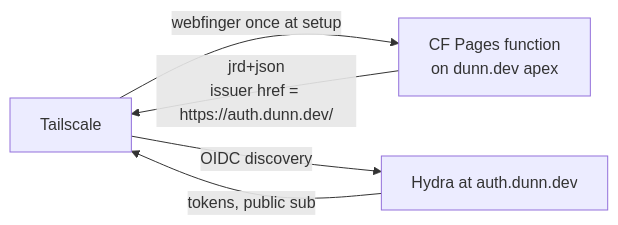
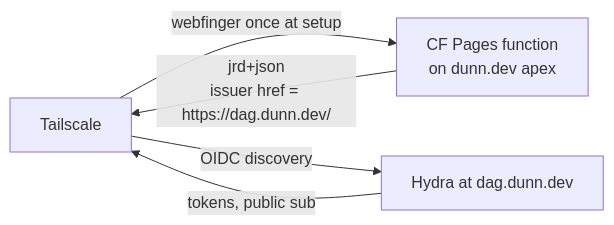
One commit to andrewdunndev/othala changed the third of 3 diagrams in ARCHITECTURE.md. Above: the diagram before and after it, drawn with Mermaid. The commit also changed other lines of this file and 72 other files, not shown here.

First line of the commit message:
refactor: rename auth -> Othala (project) + dag (instance) — runic rebrand

````diff
--- a/ARCHITECTURE.md
+++ b/ARCHITECTURE.md
@@ -346,7 +367,7 @@
 ```mermaid
 flowchart LR
   ts[Tailscale] -->|webfinger once at setup| cf[CF Pages function<br/>on dunn.dev apex]
-  cf -->|jrd+json<br/>issuer href = https://auth.dunn.dev/| ts
-  ts -->|OIDC discovery| h[Hydra at auth.dunn.dev]
+  cf -->|jrd+json<br/>issuer href = https://dag.dunn.dev/| ts
+  ts -->|OIDC discovery| h[Hydra at dag.dunn.dev]
   h -->|tokens, public sub| ts
 ```
````
